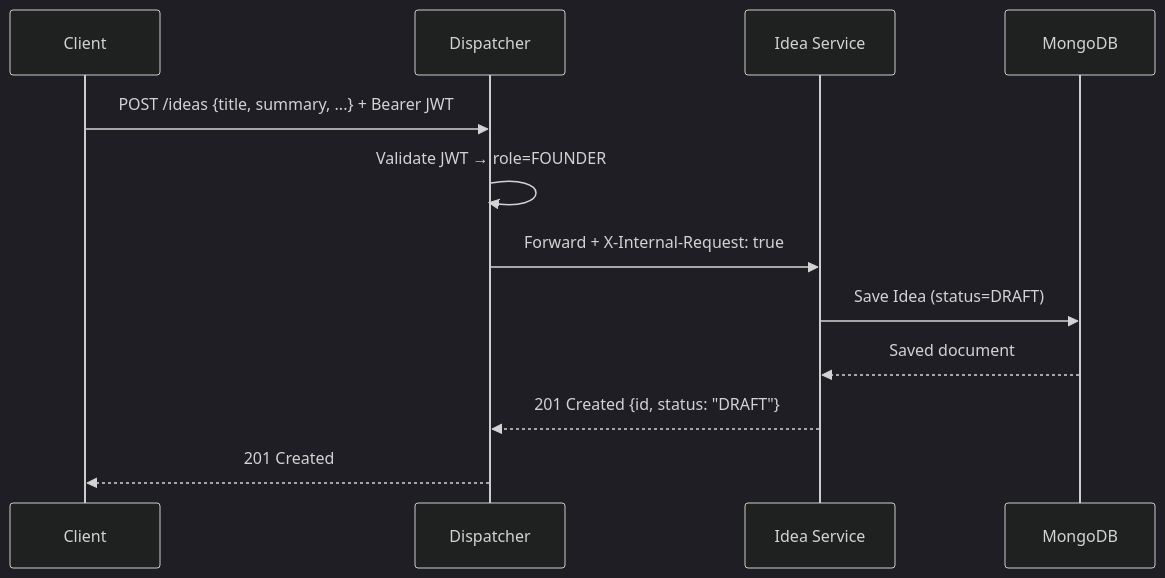
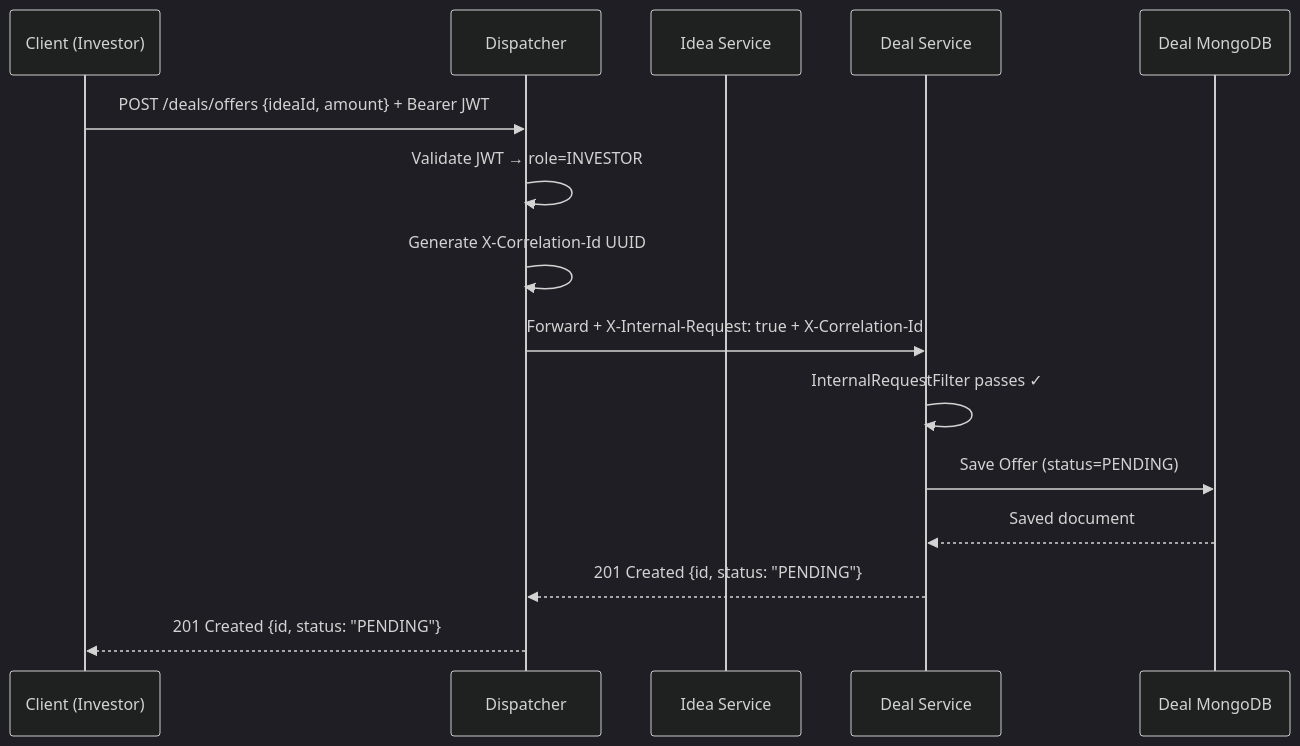
Before and after one commit to TheGhost966/InvestBridge: the second of 3 diagrams in README.md, drawn with Mermaid (dark theme). The commit also changed other lines of this file, not shown here.

````diff
--- a/README.md
+++ b/README.md
@@ -88,15 +71,18 @@
 ```mermaid
 sequenceDiagram
-    participant C as Client
+    participant C as Client (Investor)
     participant D as Dispatcher
     participant I as Idea Service
-    participant M as MongoDB
+    participant De as Deal Service
+    participant M as Deal MongoDB
 
-    C->>D: POST /ideas {title, summary, ...} + Bearer JWT
-    D->>D: Validate JWT → role=FOUNDER
-    D->>I: Forward + X-Internal-Request: true
-    I->>M: Save Idea (status=DRAFT)
-    M-->>I: Saved document
-    I-->>D: 201 Created {id, status: "DRAFT"}
-    D-->>C: 201 Created
+    C->>D: POST /deals/offers {ideaId, amount} + Bearer JWT
+    D->>D: Validate JWT → role=INVESTOR
+    D->>D: Generate X-Correlation-Id UUID
+    D->>De: Forward + X-Internal-Request: true + X-Correlation-Id
+    De->>De: InternalRequestFilter passes ✓
+    De->>M: Save Offer (status=PENDING)
+    M-->>De: Saved document
+    De-->>D: 201 Created {id, status: "PENDING"}
+    D-->>C: 201 Created {id, status: "PENDING"}
 ```
````
